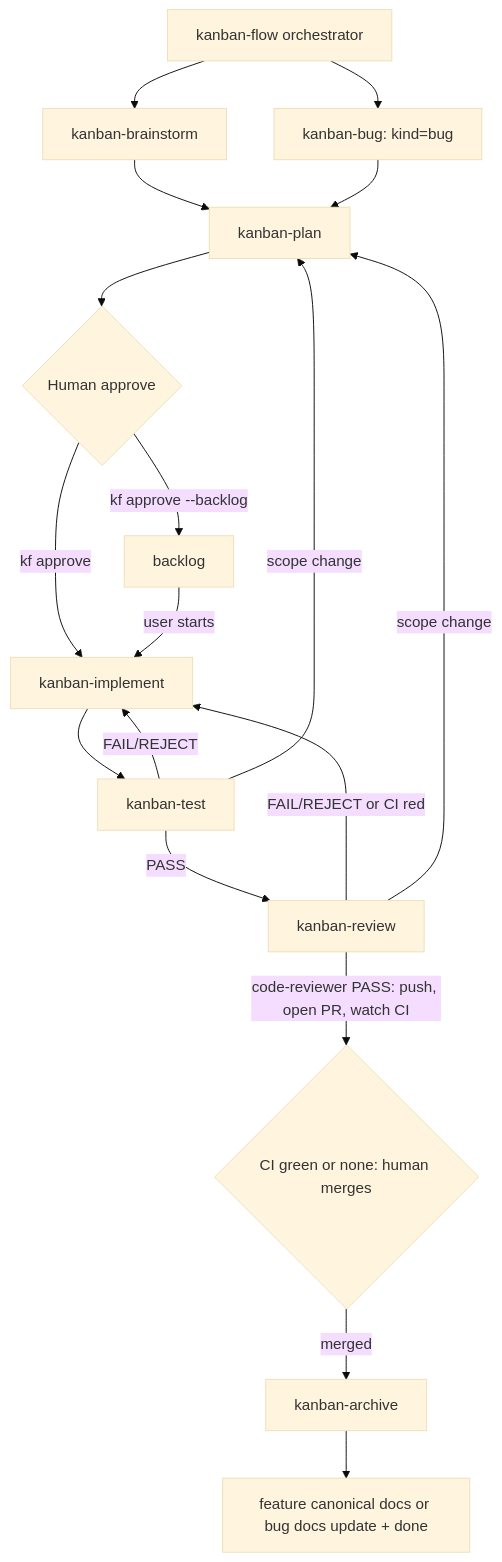
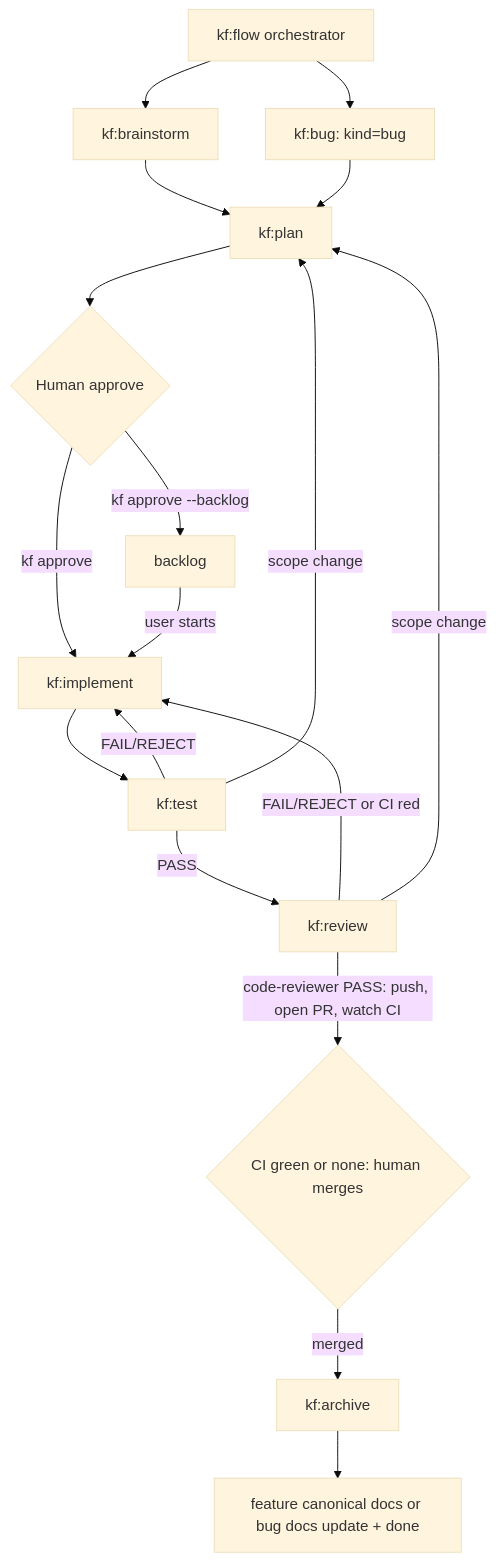
Before and after one commit to phuthuycoding/kanban-flow: the diagram in docs/workflow/skills.md, drawn with Mermaid (base theme). The commit also changed other lines of this file and 128 other files, not shown here.

````diff
--- a/docs/workflow/skills.md
+++ b/docs/workflow/skills.md
@@ -11,20 +11,20 @@
 ```mermaid
 flowchart TD
-    O[kanban-flow orchestrator] --> B[kanban-brainstorm]
-    O --> BUG[kanban-bug: kind=bug]
-    B --> P[kanban-plan]
+    O[kf:flow orchestrator] --> B[kf:brainstorm]
+    O --> BUG[kf:bug: kind=bug]
+    B --> P[kf:plan]
     BUG --> P
     P --> H{Human approve}
-    H -->|kf approve| I[kanban-implement]
+    H -->|kf approve| I[kf:implement]
     H -->|kf approve --backlog| BL[backlog]
     BL -->|user starts| I
-    I --> T[kanban-test]
-    T -->|PASS| R[kanban-review]
+    I --> T[kf:test]
+    T -->|PASS| R[kf:review]
     T -->|FAIL/REJECT| I
     T -->|scope change| P
     R -->|code-reviewer PASS: push, open PR, watch CI| M{CI green or none: human merges}
-    M -->|merged| A[kanban-archive]
+    M -->|merged| A[kf:archive]
     R -->|FAIL/REJECT or CI red| I
     R -->|scope change| P
     A --> DONE[feature canonical docs or bug docs update + done]
 ```
````
